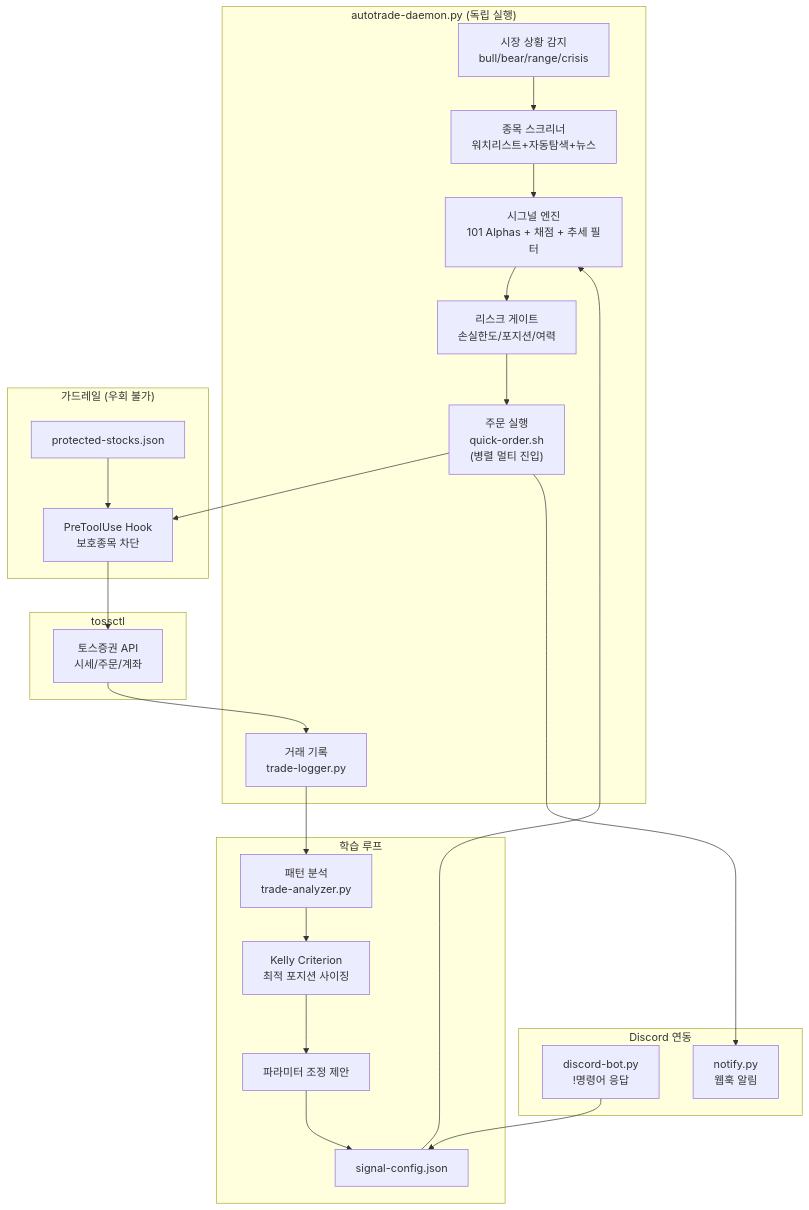
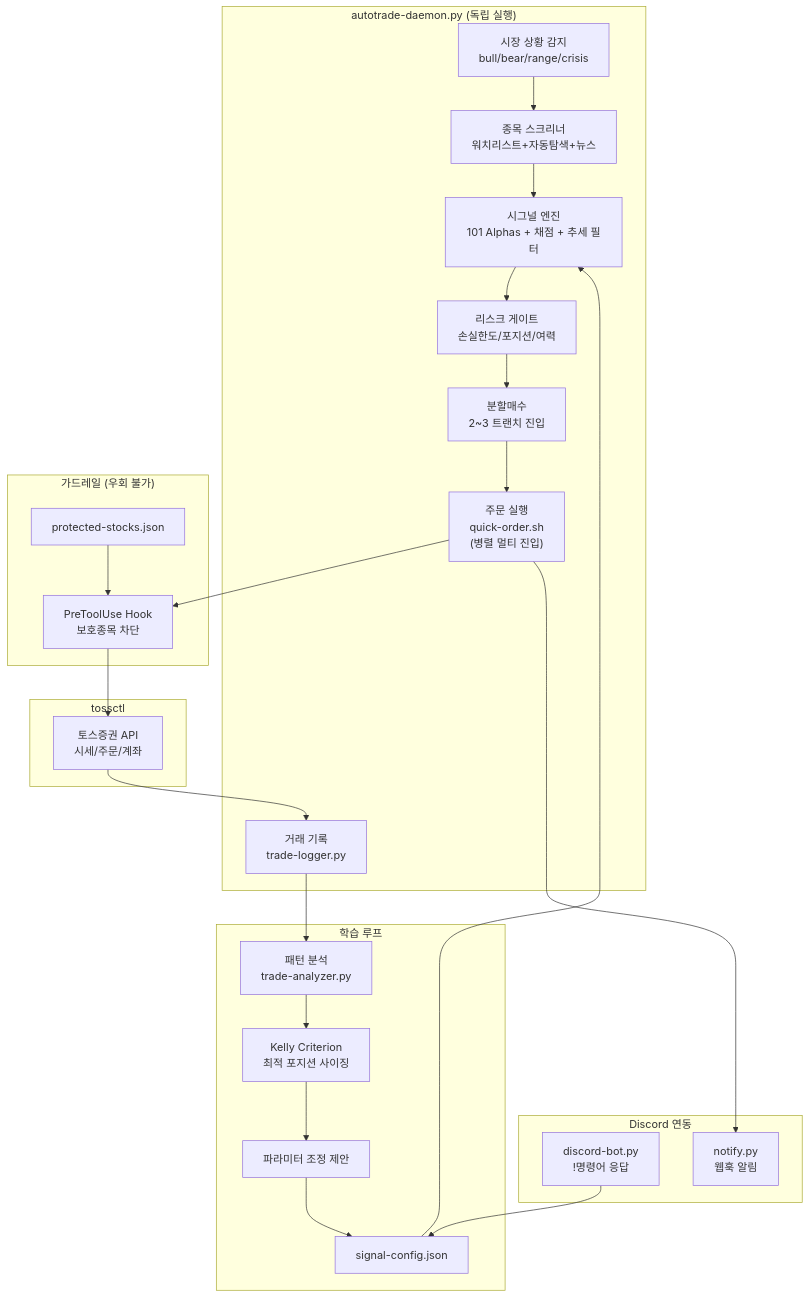
Before and after one commit to Aiden-Kwak/toss-trading-system: the diagram in README.md, drawn with Mermaid. The commit also changed other lines of this file and 8 other files, not shown here.

````diff
--- a/README.md
+++ b/README.md
@@ -10,39 +10,40 @@
 ```mermaid
 flowchart TB
     subgraph Daemon["autotrade-daemon.py (독립 실행)"]
         REGIME["시장 상황 감지\nbull/bear/range/crisis"]
         SCREENER["종목 스크리너\n워치리스트+자동탐색+뉴스"]
         ENGINE["시그널 엔진\n101 Alphas + 채점 + 추세 필터"]
         GATE["리스크 게이트\n손실한도/포지션/여력"]
+        TRANCHE["분할매수\n2~3 트랜치 진입"]
         EXEC["주문 실행\nquick-order.sh\n(병렬 멀티 진입)"]
         LOGGER["거래 기록\ntrade-logger.py"]
     end
 
     subgraph Guard["가드레일 (우회 불가)"]
         HOOK["PreToolUse Hook\n보호종목 차단"]
         PROTECT["protected-stocks.json"]
     end
 
     subgraph Learn["학습 루프"]
         ANALYZER["패턴 분석\ntrade-analyzer.py"]
         KELLY["Kelly Criterion\n최적 포지션 사이징"]
         SUGGEST["파라미터 조정 제안"]
         CONFIG["signal-config.json"]
     end
 
     subgraph Discord["Discord 연동"]
         BOT["discord-bot.py\n!명령어 응답"]
         NOTIFY["notify.py\n웹훅 알림"]
     end
 
     subgraph Toss["tossctl"]
         API["토스증권 API\n시세/주문/계좌"]
     end
 
-    REGIME --> SCREENER --> ENGINE --> GATE --> EXEC
+    REGIME --> SCREENER --> ENGINE --> GATE --> TRANCHE --> EXEC
     EXEC --> HOOK --> API
     EXEC --> NOTIFY
     API --> LOGGER --> ANALYZER --> KELLY --> SUGGEST --> CONFIG --> ENGINE
     PROTECT --> HOOK
     BOT --> CONFIG
 ```
````
